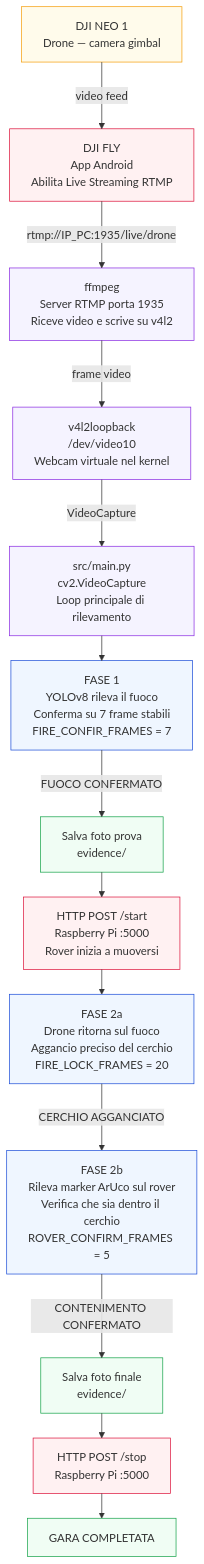
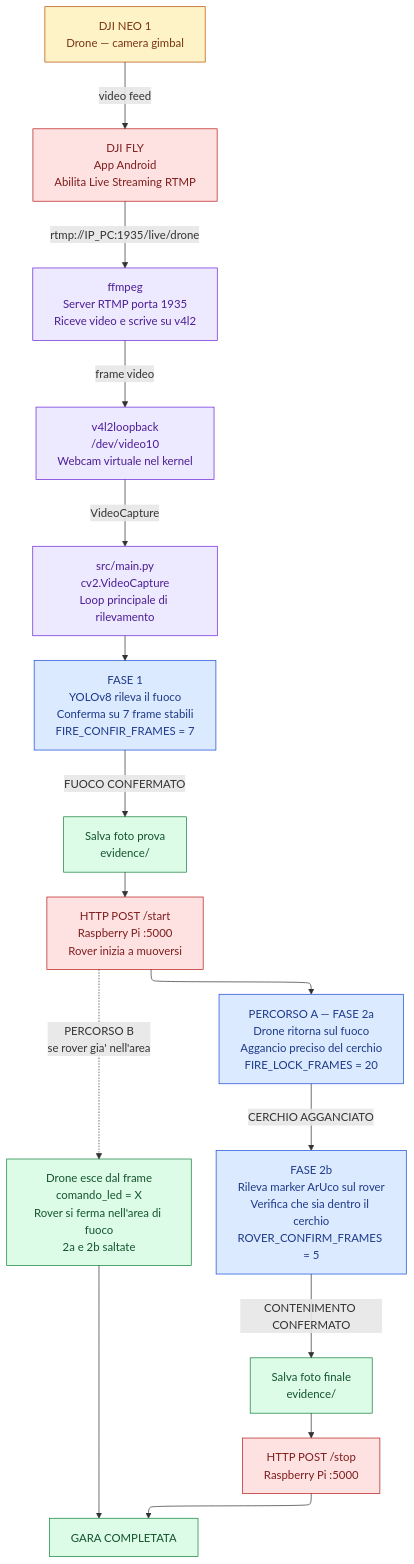
Before and after one commit to ITC-V-A-Ruiz-Dip-di-Inf-e-Telecom/dronebot-2026: the first of 4 diagrams in README.md, drawn with Mermaid. The commit also changed other lines of this file, not shown here.

````diff
--- a/README.md
+++ b/README.md
@@ -68,33 +69,35 @@
 ```mermaid
 ---
 config:
   layout: elk
 ---
 flowchart TD
-    classDef drone stroke:#f59e0b,fill:#fffbeb
-    classDef comm stroke:#dc143c,fill:#fff1f2
-    classDef process stroke:#8a2be2,fill:#f5f3ff
-    classDef phase stroke:#1d4ed8,fill:#eff6ff
-    classDef evidence stroke:#16a34a,fill:#f0fdf4
+    classDef drone stroke:#b45309,fill:#fef3c7,color:#78350f
+    classDef comm stroke:#b91c1c,fill:#fee2e2,color:#7f1d1d
+    classDef process stroke:#6d28d9,fill:#ede9fe,color:#4c1d95
+    classDef phase stroke:#1d4ed8,fill:#dbeafe,color:#1e3a8a
+    classDef evidence stroke:#15803d,fill:#dcfce7,color:#14532d
 
     DJI["DJI NEO 1\nDrone — camera gimbal"]:::drone
     FLY["DJI FLY\nApp Android\nAbilita Live Streaming RTMP"]:::comm
     FF["ffmpeg\nServer RTMP porta 1935\nRiceve video e scrive su v4l2"]:::process
     V4L["v4l2loopback\n/dev/video10\nWebcam virtuale nel kernel"]:::process
     MAIN["src/main.py\ncv2.VideoCapture\nLoop principale di rilevamento"]:::process
 
     DJI -->|video feed| FLY
     FLY -->|rtmp://IP_PC:1935/live/drone| FF
     FF -->|frame video| V4L
     V4L -->|VideoCapture| MAIN
 
     MAIN --> F1["FASE 1\nYOLOv8 rileva il fuoco\nConferma su 7 frame stabili\nFIRE_CONFIR_FRAMES = 7"]:::phase
     F1 -->|FUOCO CONFERMATO| EV1["Salva foto prova\nevidence/"]:::evidence
     EV1 --> S1["HTTP POST /start\nRaspberry Pi :5000\nRover inizia a muoversi"]:::comm
 
-    S1 --> F2A["FASE 2a\nDrone ritorna sul fuoco\nAggancio preciso del cerchio\nFIRE_LOCK_FRAMES = 20"]:::phase
+    S1 --> F2A["PERCORSO A — FASE 2a\nDrone ritorna sul fuoco\nAggancio preciso del cerchio\nFIRE_LOCK_FRAMES = 20"]:::phase
+    S1 -.->|"PERCORSO B\nse rover gia' nell'area"| PASS["Drone esce dal frame\ncomando_led = X\nRover si ferma nell'area di fuoco\n2a e 2b saltate"]:::evidence
     F2A -->|CERCHIO AGGANCIATO| F2B["FASE 2b\nRileva marker ArUco sul rover\nVerifica che sia dentro il cerchio\nROVER_CONFIRM_FRAMES = 5"]:::phase
     F2B -->|CONTENIMENTO CONFERMATO| EV2["Salva foto finale\nevidence/"]:::evidence
     EV2 --> S2["HTTP POST /stop\nRaspberry Pi :5000"]:::comm
     S2 --> FIN["GARA COMPLETATA"]:::evidence
+    PASS --> FIN
 ```
````
